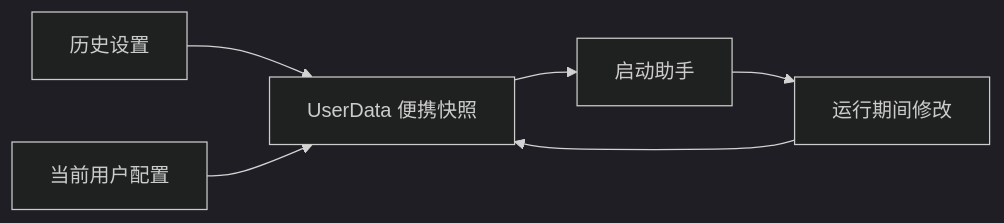
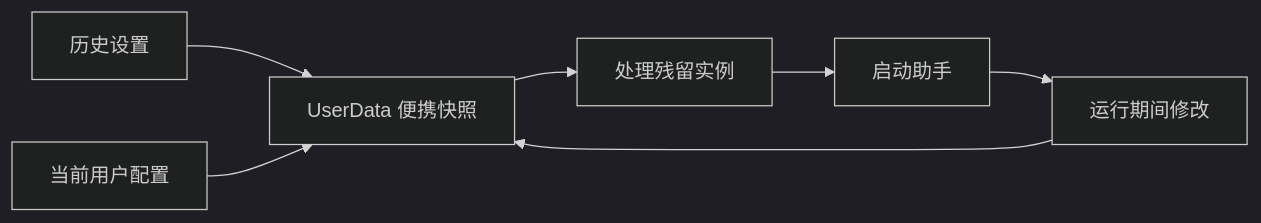
One commit to combating123/qq-farm-cv-helper-portable changed the diagram in README.md. Above: the diagram before and after it, drawn with Mermaid (dark theme). The commit also changed other lines of this file and 5 other files, not shown here.

````diff
--- a/README.md
+++ b/README.md
@@ -59,8 +59,9 @@
 ```mermaid
 graph LR
     A[历史设置] --> B[UserData 便携快照]
     C[当前用户配置] --> B
-    B --> D[启动助手]
-    D --> E[运行期间修改]
-    E --> B
+    B --> D[处理残留实例]
+    D --> E[启动助手]
+    E --> F[运行期间修改]
+    F --> B
 ```
````
